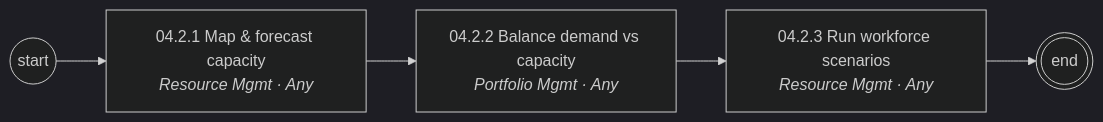
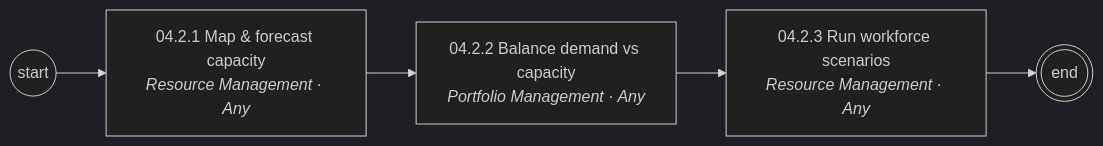
Before and after one commit to corbyjames/apptio-process-catalog: the third of 6 diagrams in diagrams/mermaid/area-04.md, drawn with Mermaid (dark theme). The commit also changed other lines of this file and 251 other files, not shown here.

````diff
--- a/diagrams/mermaid/area-04.md
+++ b/diagrams/mermaid/area-04.md
@@ -39,11 +39,11 @@
 ```mermaid
 flowchart LR
   S((start))
-  N04_2_1["04.2.1 Map & forecast capacity<br/><i>Resource Mgmt · Any</i>"]
+  N04_2_1["04.2.1 Map & forecast capacity<br/><i>Resource Management · Any</i>"]
   S --> N04_2_1
-  N04_2_2["04.2.2 Balance demand vs capacity<br/><i>Portfolio Mgmt · Any</i>"]
+  N04_2_2["04.2.2 Balance demand vs capacity<br/><i>Portfolio Management · Any</i>"]
   N04_2_1 --> N04_2_2
-  N04_2_3["04.2.3 Run workforce scenarios<br/><i>Resource Mgmt · Any</i>"]
+  N04_2_3["04.2.3 Run workforce scenarios<br/><i>Resource Management · Any</i>"]
   N04_2_2 --> N04_2_3
   N04_2_3 --> E(((end)))
 ```
````
